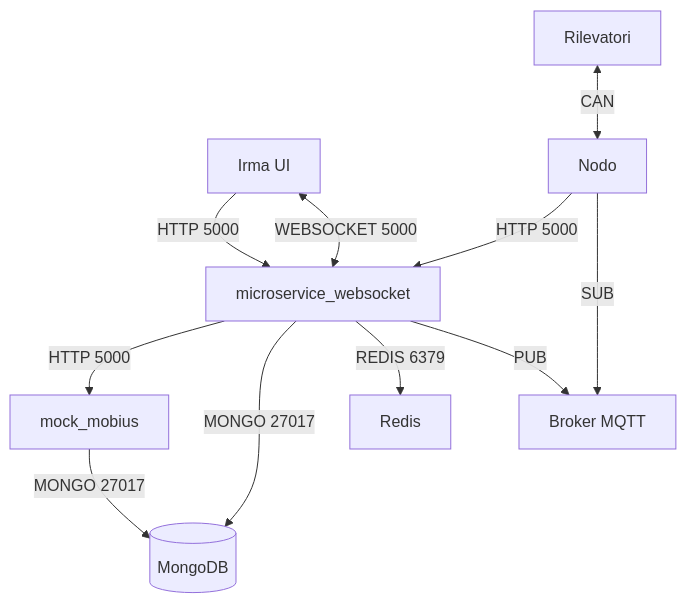
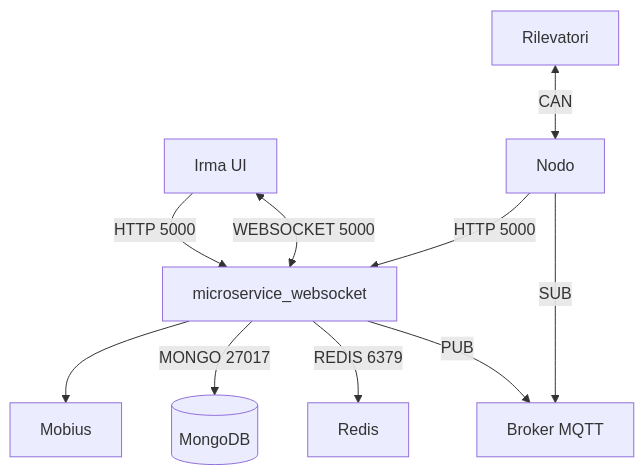
Before and after one commit to monemasrl/irma: the first of 4 diagrams in README.md, drawn with Mermaid. The commit also changed 1 other file, not shown here.

Commit message:
Aggiornamento schemi

````diff
--- a/README.md
+++ b/README.md
@@ -18,26 +18,24 @@
 ```mermaid
 flowchart TD;
 
 msw[microservice_websocket]
-mm[mock_mobius]
+mobius[Mobius]
 irma-ui[Irma UI]
 mqtt[Broker MQTT]
 redis[Redis]
 mongo[(MongoDB)]
 
 nodo[Nodo]
 rilevatori[Rilevatori]
 
-msw -- HTTP 5000 --> mm
+msw --> mobius
 msw -- MONGO 27017 --> mongo
-mm -- MONGO 27017 --> mongo
 irma-ui -- HTTP 5000 --> msw
 nodo -- HTTP 5000 --> msw
 irma-ui <-- WEBSOCKET 5000 --> msw
 rilevatori <-- CAN --> nodo
 msw -- REDIS 6379 --> redis
 
 msw -- PUB --> mqtt
 nodo -- SUB --> mqtt
-
 ```
````
